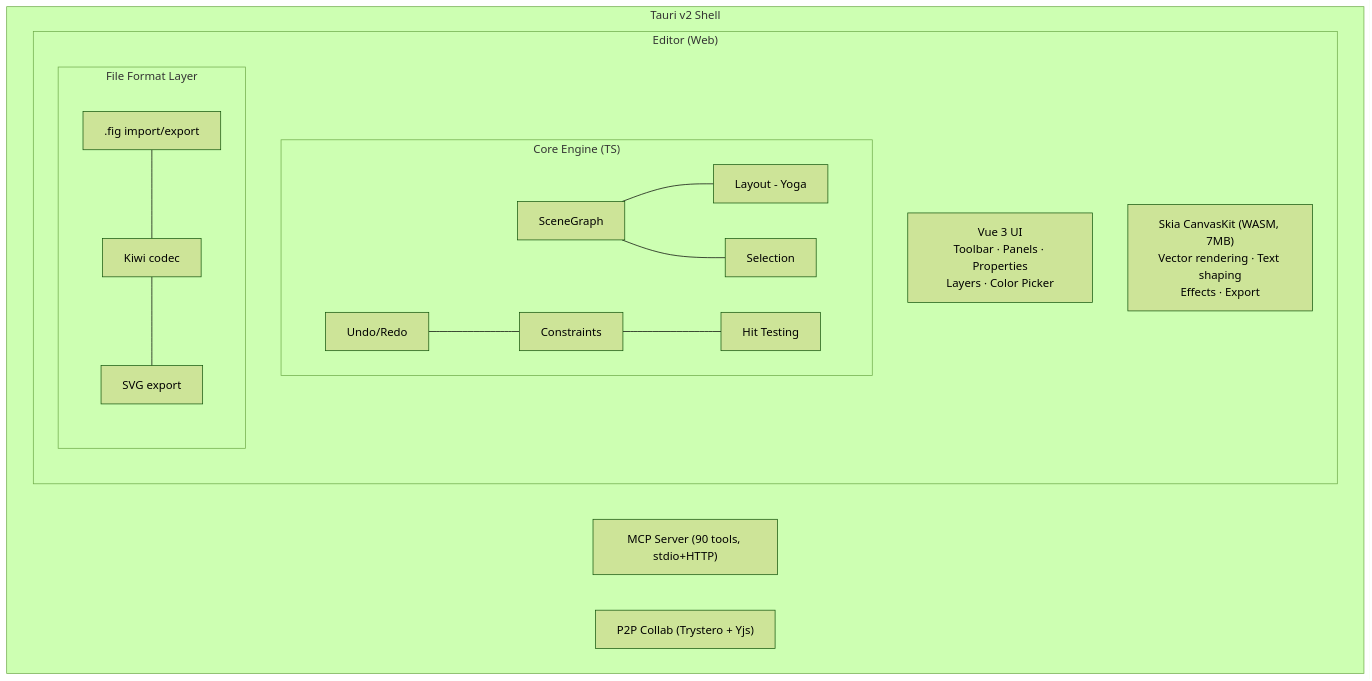
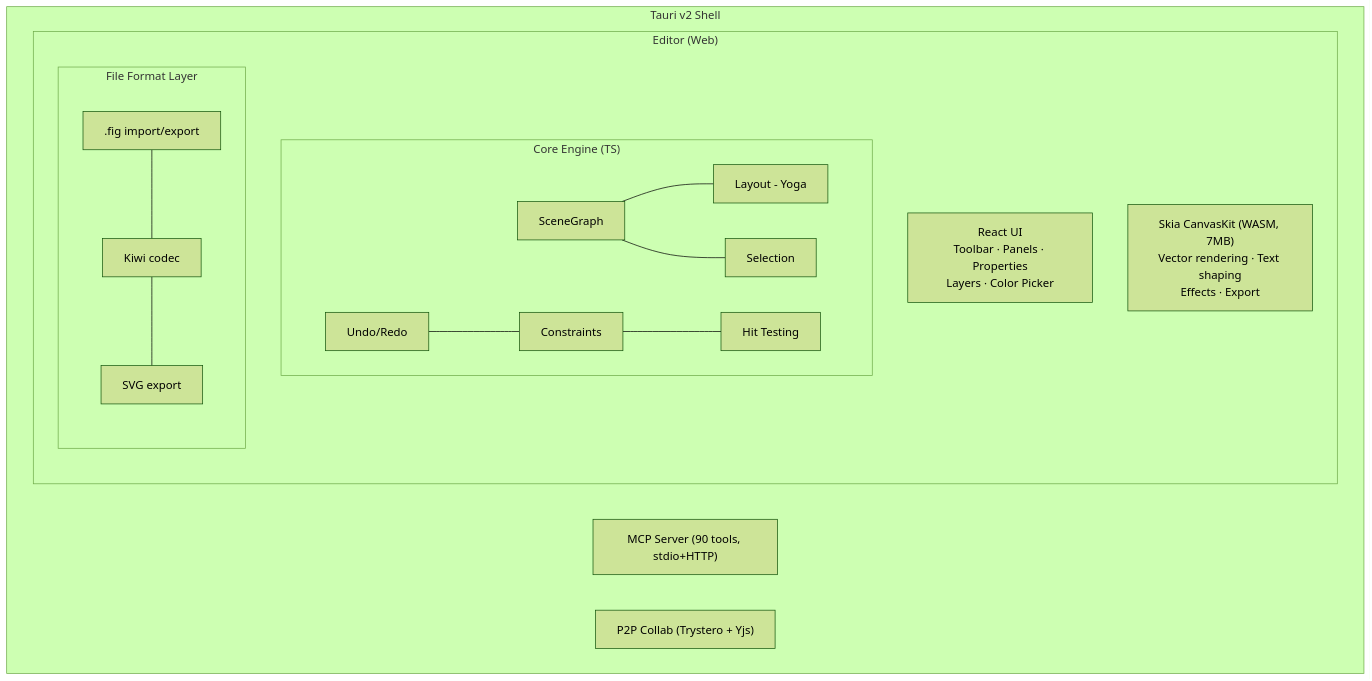
One commit to nagubathula/OpenWeave changed the diagram in packages/docs/guide/architecture.md. Above: the diagram before and after it, drawn with Mermaid (forest theme). The commit also changed 448 other files, not shown here.

````diff
--- a/packages/docs/guide/architecture.md
+++ b/packages/docs/guide/architecture.md
@@ -5,21 +5,21 @@
 ```mermaid
 graph TB
     subgraph Tauri["Tauri v2 Shell"]
         subgraph Editor["Editor (Web)"]
-            UI["Vue 3 UI<br/>Toolbar · Panels · Properties<br/>Layers · Color Picker"]
+            UI["React UI<br/>Toolbar · Panels · Properties<br/>Layers · Color Picker"]
             Skia["Skia CanvasKit (WASM, 7MB)<br/>Vector rendering · Text shaping<br/>Effects · Export"]
             subgraph Core["Core Engine (TS)"]
                 SG[SceneGraph] --- Layout[Layout - Yoga]
                 SG --- Selection
                 Undo[Undo/Redo] --- Constraints
                 Constraints --- HitTest[Hit Testing]
             end
             subgraph FileFormat["File Format Layer"]
                 FigIO[".fig import/export"] --- Kiwi[Kiwi codec]
                 Kiwi --- SVG[SVG export]
             end
         end
         MCP["MCP Server (90 tools, stdio+HTTP)"]
         Collab["P2P Collab (Trystero + Yjs)"]
     end
 ```
````
